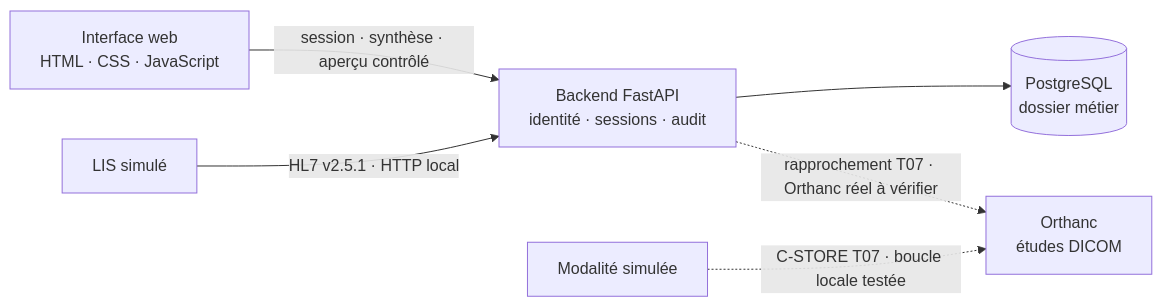
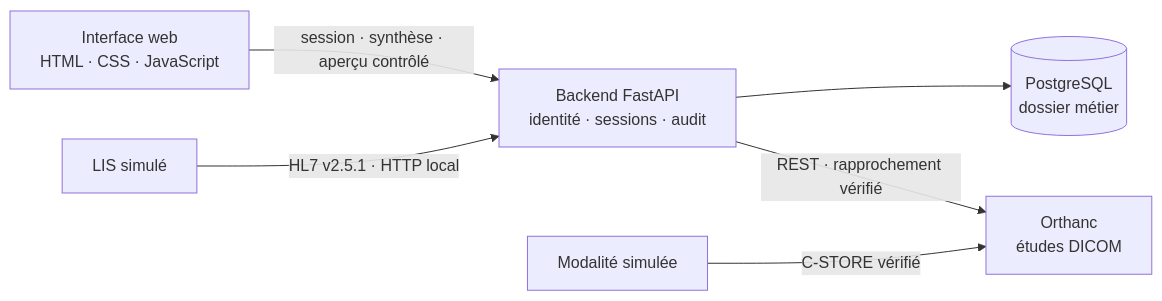
The diagram in README.md (Bouch-Anass/Prototype-de-syst-me-de-gestion-de-donn-es-PACS-LIS-RIS-simplifi-), drawn with Mermaid before and after one commit. The commit also changed other lines of this file and 37 other files, not shown here.

````diff
--- a/README.md
+++ b/README.md
@@ -61,8 +53,8 @@
 ```mermaid
 flowchart LR
     WEB["Interface web<br/>HTML · CSS · JavaScript"] -->|"session · synthèse · aperçu contrôlé"| API["Backend FastAPI<br/>identité · sessions · audit"]
     API --> DB[("PostgreSQL<br/>dossier métier")]
     LIS["LIS simulé"] -->|"HL7 v2.5.1 · HTTP local"| API
-    API -. "rapprochement T07 · Orthanc réel à vérifier" .-> PACS["Orthanc<br/>études DICOM"]
-    MOD["Modalité simulée"] -. "C-STORE T07 · boucle locale testée" .-> PACS
+    API -->|"REST · rapprochement vérifié"| PACS["Orthanc<br/>études DICOM"]
+    MOD["Modalité simulée"] -->|"C-STORE vérifié"| PACS
 ```
````
